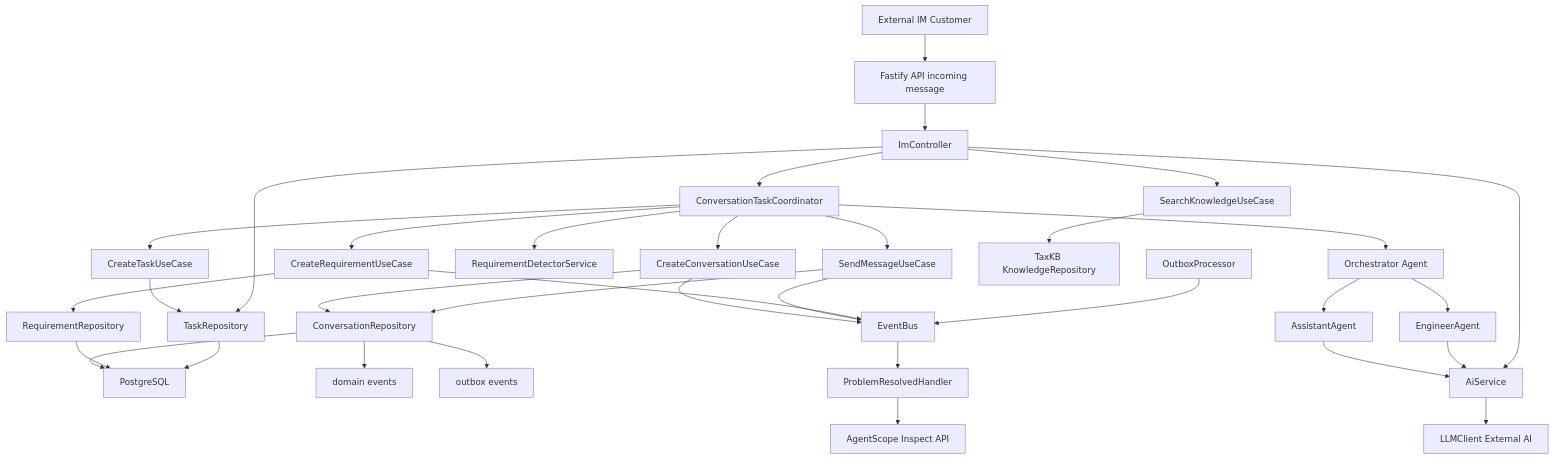
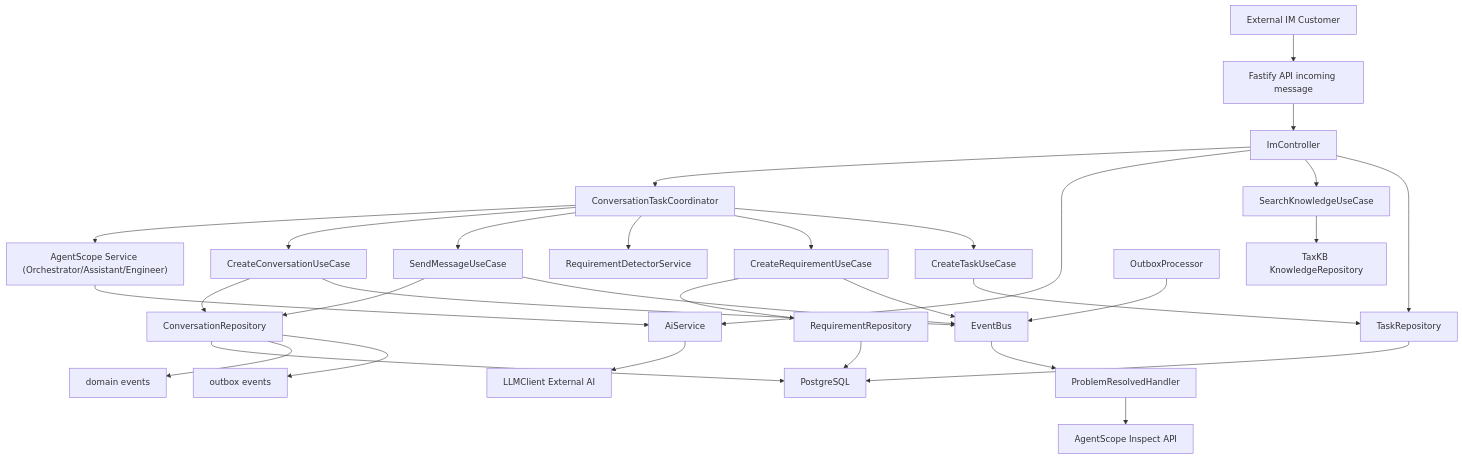
One commit to zqshi/After-sales changed the second of 12 diagrams in backend/tests/事件格式.md. Above: the diagram before and after it, drawn with Mermaid. The commit also changed other lines of this file and 43 other files, not shown here.

````diff
--- a/backend/tests/事件格式.md
+++ b/backend/tests/事件格式.md
@@ -119,42 +116,39 @@
 ```mermaid
 graph TD
   IM[External IM Customer] --> API[Fastify API incoming message]
   API --> IMC[ImController]
   IMC --> CTC[ConversationTaskCoordinator]
-  CTC --> OR[Orchestrator Agent]
-  OR --> AA[AssistantAgent]
-  OR --> EA[EngineerAgent]
+  CTC --> AGS["AgentScope Service (Orchestrator/Assistant/Engineer)"]
 
   CTC --> CCU[CreateConversationUseCase]
   CTC --> SMU[SendMessageUseCase]
   CCU --> CR[ConversationRepository]
   SMU --> CR
   CR --> DB[PostgreSQL]
-  CR --> DE[domain events]
-  CR --> OB[outbox events]
+  CR --> DE["domain events"]
+  CR --> OB["outbox events"]
   CCU --> EB[EventBus]
   SMU --> EB
 
   CTC --> RDS[RequirementDetectorService]
   CTC --> CRU[CreateRequirementUseCase]
   CRU --> RR[RequirementRepository]
   RR --> DB
   CRU --> EB
   CTC --> CTU[CreateTaskUseCase]
   CTU --> TR[TaskRepository]
   TR --> DB
 
-  AA --> AIS[AiService]
-  EA --> AIS
-  AIS --> LLM[LLMClient External AI]
+  AGS --> AIS[AiService]
+  AIS --> LLM["LLMClient External AI"]
   IMC --> AIS
 
   IMC --> SKU[SearchKnowledgeUseCase]
   SKU --> TKB[TaxKB KnowledgeRepository]
 
   IMC --> TR
 
   OP[OutboxProcessor] --> EB
   EB --> PRH[ProblemResolvedHandler]
-  PRH --> AGS[AgentScope Inspect API]
+  PRH --> AGSI["AgentScope Inspect API"]
 ```
````
